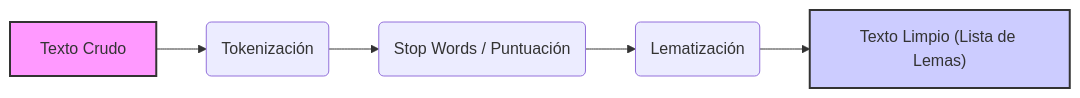
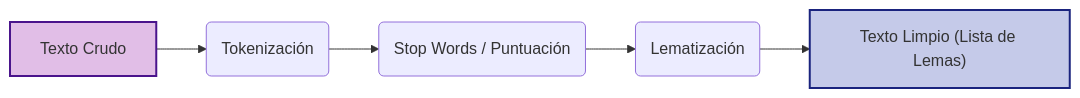
One commit to rvergaraa/nlp-practic-course changed the first of 4 diagrams in clase_nlp_conceptos.md. Above: the diagram before and after it, drawn with Mermaid. The commit also changed other lines of this file, not shown here.

First line of the commit message:
Update Mermaid diagram styles for clarity

````diff
--- a/clase_nlp_conceptos.md
+++ b/clase_nlp_conceptos.md
@@ -16,9 +16,9 @@
 ```mermaid
 graph LR
     A["Texto Crudo"] --> B(Tokenización)
     B --> C(Stop Words / Puntuación)
     C --> D(Lematización)
     D --> E["Texto Limpio (Lista de Lemas)"]
-    style A fill:#f9f,stroke:#333,stroke-width:2px
-    style E fill:#ccf,stroke:#333,stroke-width:2px
+    style A fill:#e1bee7,stroke:#4a148c,stroke-width:2px
+    style E fill:#c5cae9,stroke:#1a237e,stroke-width:2px
 ```
````
